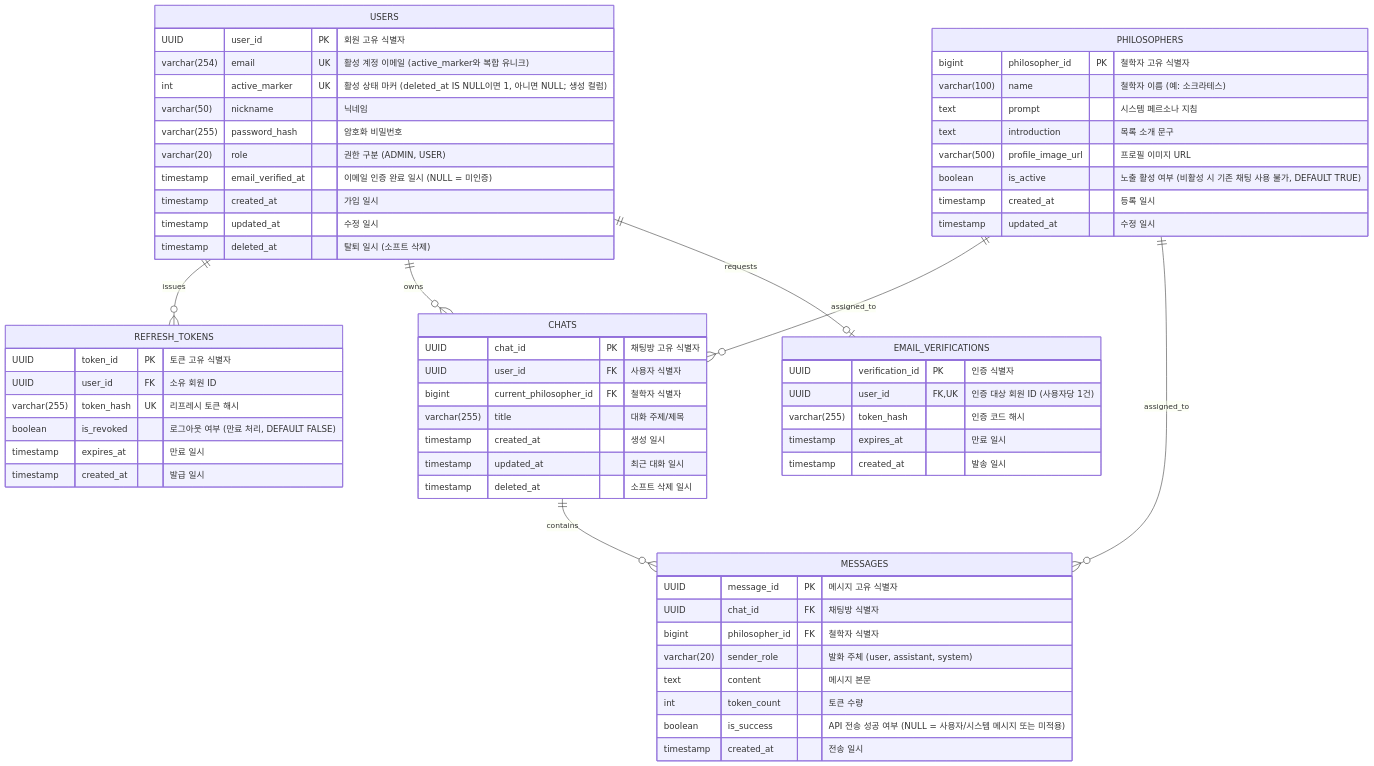
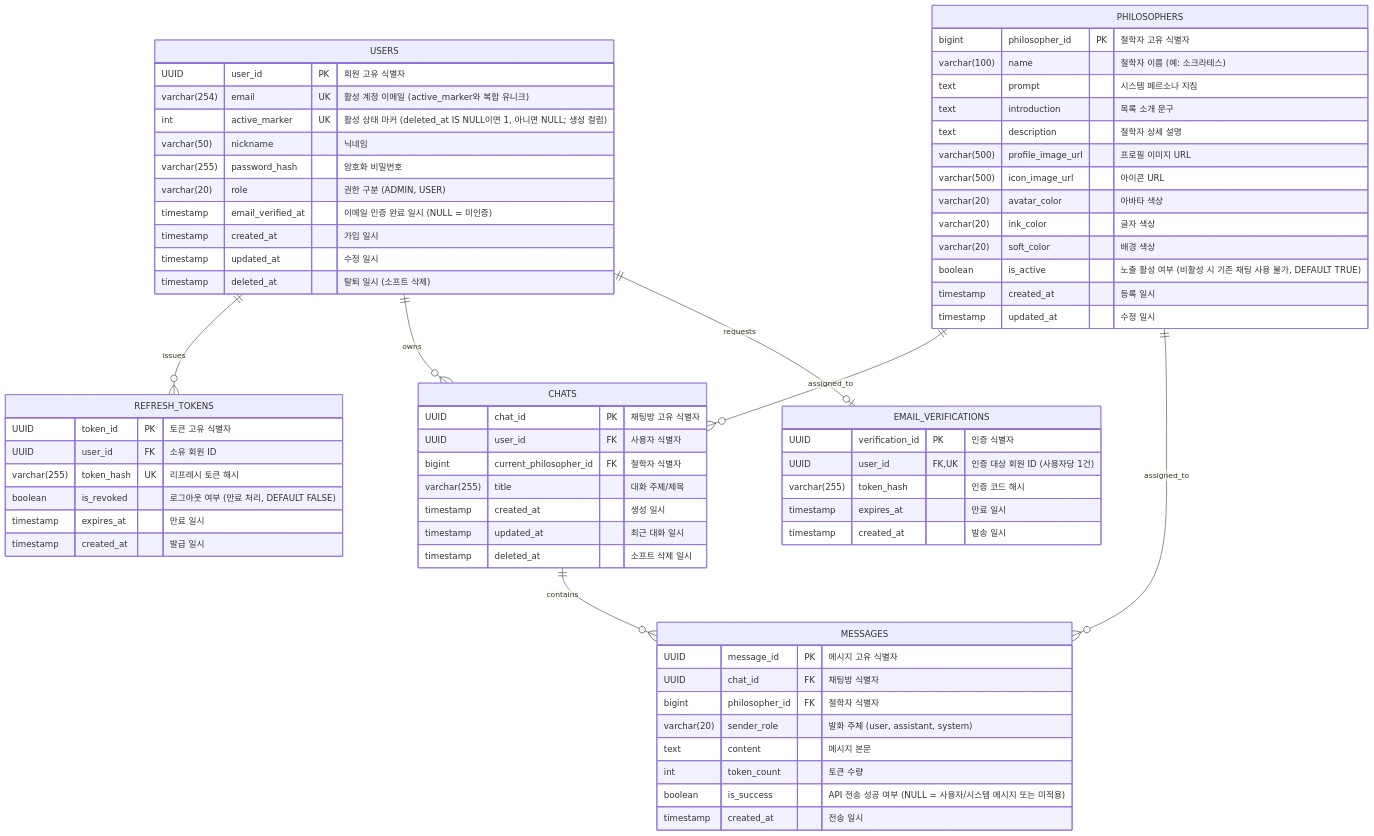
Before and after one commit to cody-b7-1/b7-1: the diagram in docs/erd.md, drawn with Mermaid.

Commit message:
docs: ERD의 philosopher 테이블 필드 추가

````diff
--- a/docs/erd.md
+++ b/docs/erd.md
@@ -3,71 +3,76 @@
 ```mermaid
 erDiagram
     USERS ||--o{ REFRESH_TOKENS : "issues"
     USERS ||--o{ CHATS : "owns"
     USERS ||--o| EMAIL_VERIFICATIONS : "requests"
     PHILOSOPHERS ||--o{ CHATS : "assigned_to"
     PHILOSOPHERS ||--o{ MESSAGES : "assigned_to"
     CHATS ||--o{ MESSAGES : "contains"
 
     USERS {
         UUID user_id PK "회원 고유 식별자"
         varchar(254) email UK "활성 계정 이메일 (active_marker와 복합 유니크)"
         int active_marker UK "활성 상태 마커 (deleted_at IS NULL이면 1, 아니면 NULL; 생성 컬럼)"
         varchar(50) nickname "닉네임"
         varchar(255) password_hash "암호화 비밀번호"
         varchar(20) role "권한 구분 (ADMIN, USER)"
         timestamp email_verified_at "이메일 인증 완료 일시 (NULL = 미인증)"
         timestamp created_at "가입 일시"
         timestamp updated_at "수정 일시"
         timestamp deleted_at "탈퇴 일시 (소프트 삭제)"
     }
 
     EMAIL_VERIFICATIONS {
         UUID verification_id PK "인증 식별자"
         UUID user_id FK, UK "인증 대상 회원 ID (사용자당 1건)"
         varchar(255) token_hash "인증 코드 해시"
         timestamp expires_at "만료 일시"
         timestamp created_at "발송 일시"
     }
 
     REFRESH_TOKENS {
         UUID token_id PK "토큰 고유 식별자"
         UUID user_id FK "소유 회원 ID"
         varchar(255) token_hash UK "리프레시 토큰 해시"
         boolean is_revoked "로그아웃 여부 (만료 처리, DEFAULT FALSE)"
         timestamp expires_at "만료 일시"
         timestamp created_at "발급 일시"
     }
 
     PHILOSOPHERS {
         bigint philosopher_id PK "철학자 고유 식별자"
         varchar(100) name "철학자 이름 (예: 소크라테스)"
         text prompt "시스템 페르소나 지침"
         text introduction "목록 소개 문구"
+        text description "철학자 상세 설명"
         varchar(500) profile_image_url "프로필 이미지 URL"
+        varchar(500) icon_image_url "아이콘 URL"
+        varchar(20) avatar_color "아바타 색상"
+        varchar(20) ink_color "글자 색상"
+        varchar(20) soft_color "배경 색상"
         boolean is_active "노출 활성 여부 (비활성 시 기존 채팅 사용 불가, DEFAULT TRUE)"
         timestamp created_at "등록 일시"
         timestamp updated_at "수정 일시"
     }
 
     CHATS {
         UUID chat_id PK "채팅방 고유 식별자"
         UUID user_id FK "사용자 식별자"
         bigint current_philosopher_id FK "철학자 식별자"
         varchar(255) title "대화 주제/제목"
         timestamp created_at "생성 일시"
         timestamp updated_at "최근 대화 일시"
         timestamp deleted_at "소프트 삭제 일시"
     }
 
     MESSAGES {
         UUID message_id PK "메시지 고유 식별자"
         UUID chat_id FK "채팅방 식별자"
         bigint philosopher_id FK "철학자 식별자"
         varchar(20) sender_role "발화 주체 (user, assistant, system)"
         text content "메시지 본문"
         int token_count "토큰 수량"
         boolean is_success "API 전송 성공 여부 (NULL = 사용자/시스템 메시지 또는 미적용)"
         timestamp created_at "전송 일시"
     }
 ```
````
